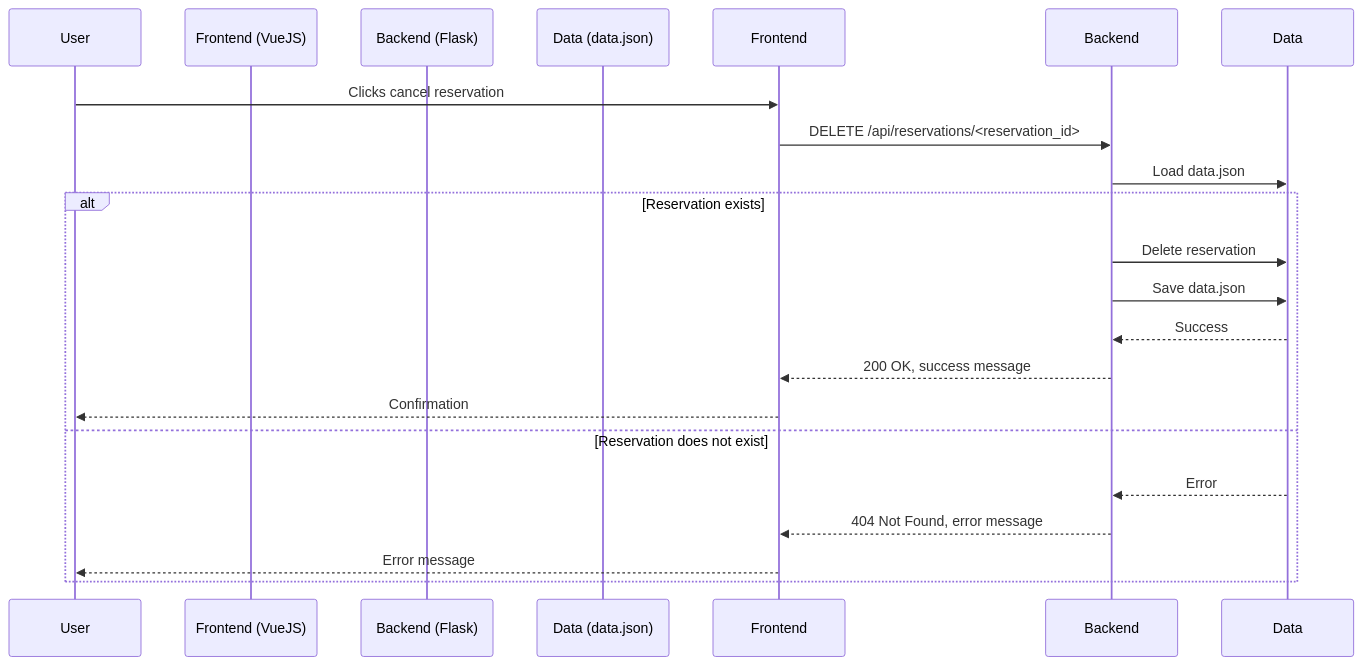
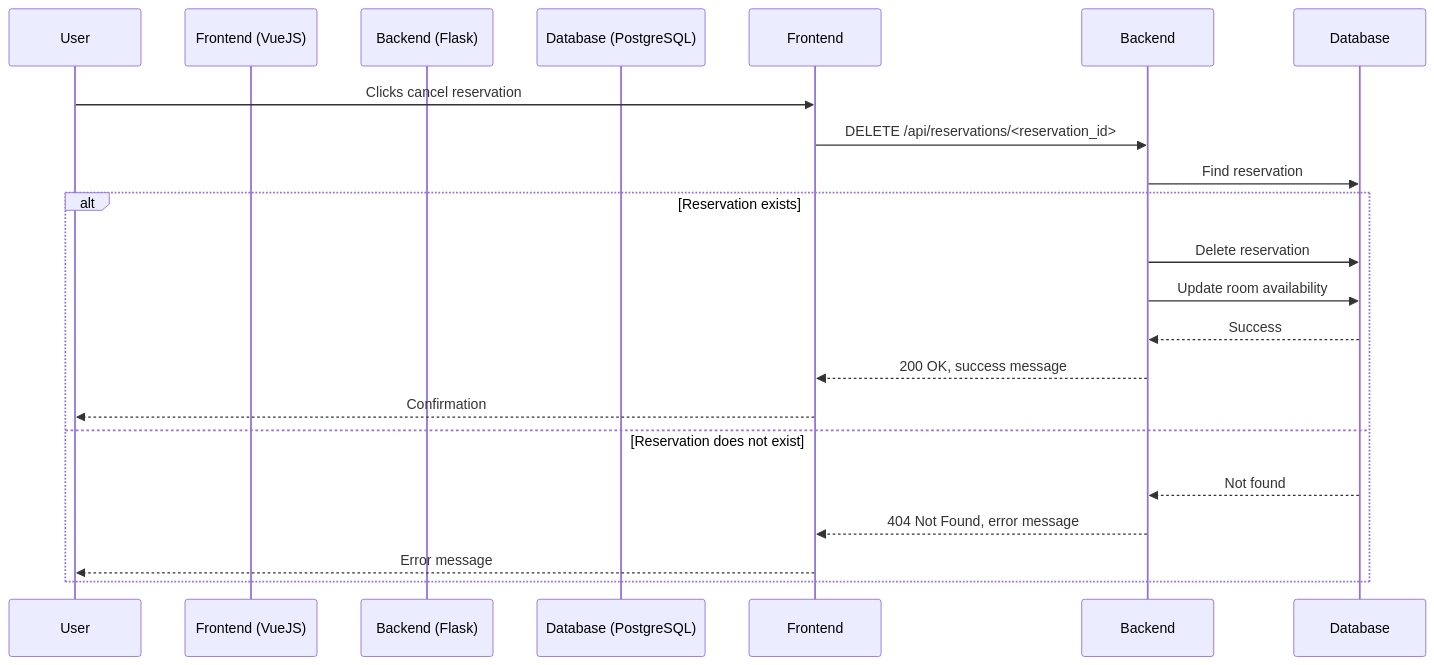
Before and after one commit to github/travel-reservation-models: the second of 2 diagrams in README.md, drawn with Mermaid. The commit also changed other lines of this file and 6 other files, not shown here.

Commit message:
Refactor Travel Reservations App to use PostgreSQL for data storage, removing JSON file dependency. Update README and Changelog for new database setup and features.

````diff
--- a/README.md
+++ b/README.md
@@ -269,22 +285,22 @@
 ```mermaid
 sequenceDiagram
     participant User
     participant Frontend (VueJS)
     participant Backend (Flask)
-    participant Data (data.json)
+    participant Database (PostgreSQL)
 
     User->>Frontend: Clicks cancel reservation
     Frontend->>Backend: DELETE /api/reservations/<reservation_id>
-    Backend->>Data: Load data.json
+    Backend->>Database: Find reservation
     alt Reservation exists
-        Backend->>Data: Delete reservation
-        Backend->>Data: Save data.json
-        Data-->>Backend: Success
+        Backend->>Database: Delete reservation
+        Backend->>Database: Update room availability
+        Database-->>Backend: Success
         Backend-->>Frontend: 200 OK, success message
         Frontend-->>User: Confirmation
     else Reservation does not exist
-        Data-->>Backend: Error
+        Database-->>Backend: Not found
         Backend-->>Frontend: 404 Not Found, error message
         Frontend-->>User: Error message
     end
 ```
````
